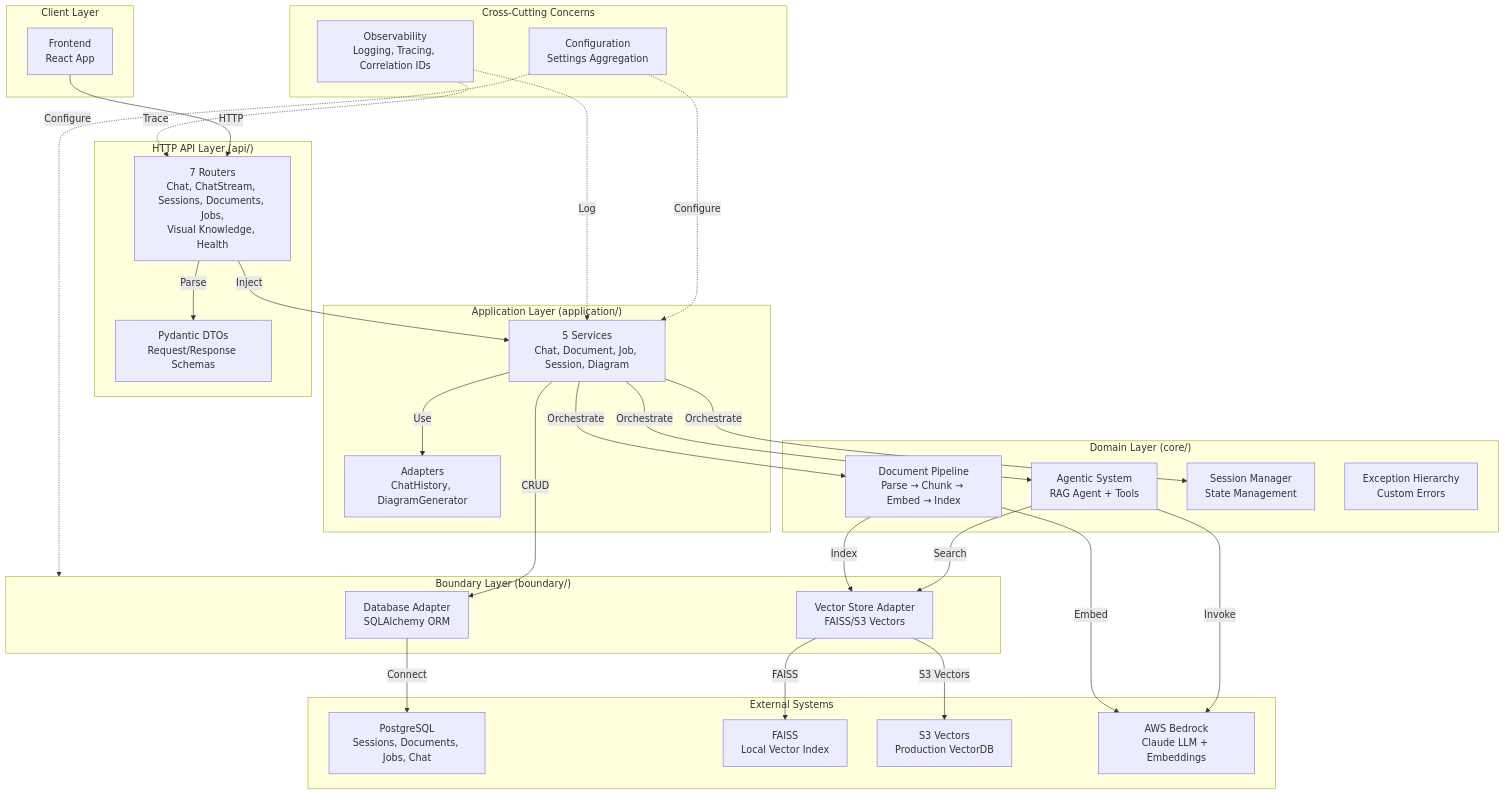
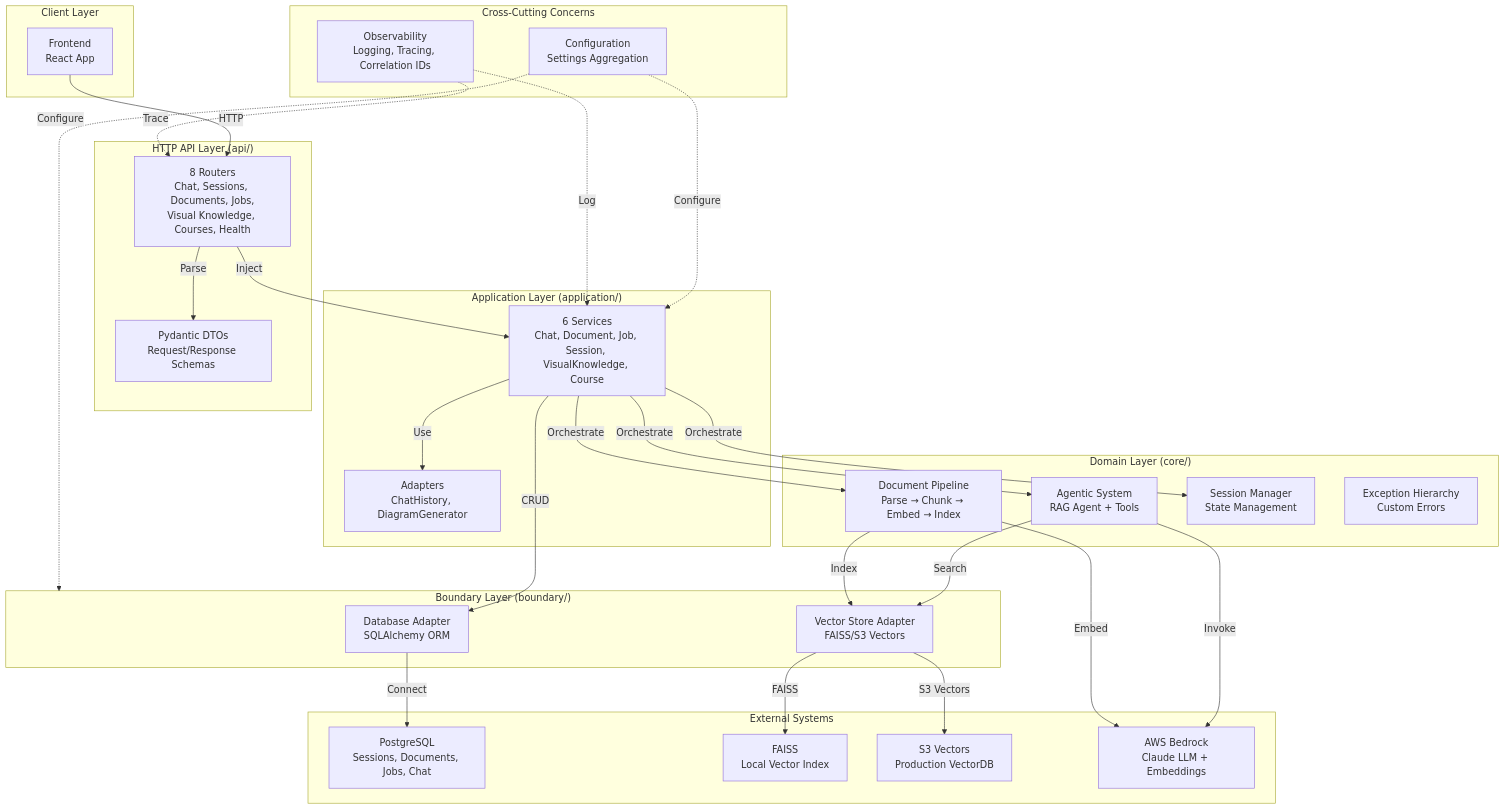
Before and after one commit to h19overflow/Student_Helper: the diagram in backend/README.md, drawn with Mermaid. The commit also changed other lines of this file and 5 other files, not shown here.

````diff
--- a/backend/README.md
+++ b/backend/README.md
@@ -22,60 +22,60 @@
 ```mermaid
 graph TB
     subgraph Client["Client Layer"]
         Frontend["Frontend<br/>React App"]
     end
 
     subgraph HTTP["HTTP API Layer (api/)"]
-        Routes["7 Routers<br/>Chat, ChatStream, Sessions, Documents, Jobs,<br/>Visual Knowledge, Health"]
+        Routes["8 Routers<br/>Chat, Sessions, Documents, Jobs,<br/>Visual Knowledge, Courses, Health"]
         Schemas["Pydantic DTOs<br/>Request/Response Schemas"]
     end
 
     subgraph App["Application Layer (application/)"]
-        Services["5 Services<br/>Chat, Document, Job, Session, Diagram"]
+        Services["6 Services<br/>Chat, Document, Job, Session, VisualKnowledge, Course"]
         Adapters["Adapters<br/>ChatHistory, DiagramGenerator"]
     end
 
     subgraph Core["Domain Layer (core/)"]
         RAG["Agentic System<br/>RAG Agent + Tools"]
         Pipeline["Document Pipeline<br/>Parse → Chunk → Embed → Index"]
         Session["Session Manager<br/>State Management"]
         Error["Exception Hierarchy<br/>Custom Errors"]
     end
 
     subgraph Boundary["Boundary Layer (boundary/)"]
         DB["Database Adapter<br/>SQLAlchemy ORM"]
         VDB["Vector Store Adapter<br/>FAISS/S3 Vectors"]
     end
 
     subgraph External["External Systems"]
         Postgres["PostgreSQL<br/>Sessions, Documents, Jobs, Chat"]
         FAISS["FAISS<br/>Local Vector Index"]
         S3V["S3 Vectors<br/>Production VectorDB"]
         Bedrock["AWS Bedrock<br/>Claude LLM + Embeddings"]
     end
 
     subgraph Cross["Cross-Cutting Concerns"]
         Config["Configuration<br/>Settings Aggregation"]
         Obs["Observability<br/>Logging, Tracing, Correlation IDs"]
     end
 
     Frontend -->|HTTP| Routes
     Routes -->|Inject| Services
     Routes -->|Parse| Schemas
     Services -->|Orchestrate| RAG
     Services -->|Orchestrate| Pipeline
     Services -->|Orchestrate| Session
     Services -->|Use| Adapters
     RAG -->|Search| VDB
     Pipeline -->|Index| VDB
     Services -->|CRUD| DB
     DB -->|Connect| Postgres
     VDB -->|FAISS| FAISS
     VDB -->|S3 Vectors| S3V
     RAG -->|Invoke| Bedrock
     Pipeline -->|Embed| Bedrock
     Config -.->|Configure| Services
     Config -.->|Configure| Boundary
     Obs -.->|Trace| Routes
     Obs -.->|Log| Services
 ```
````
